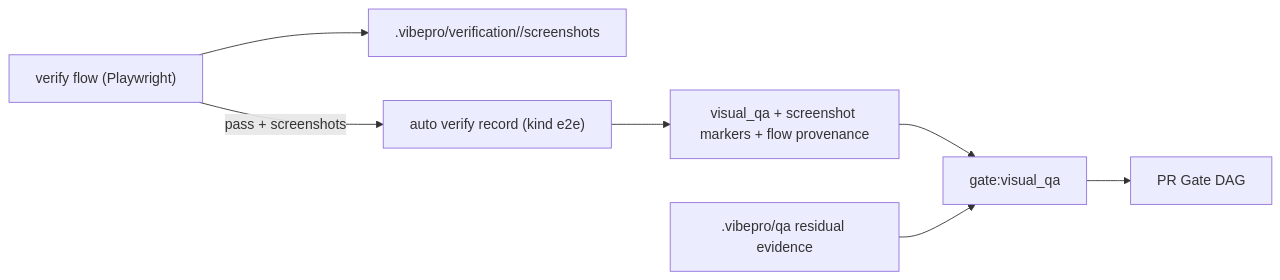
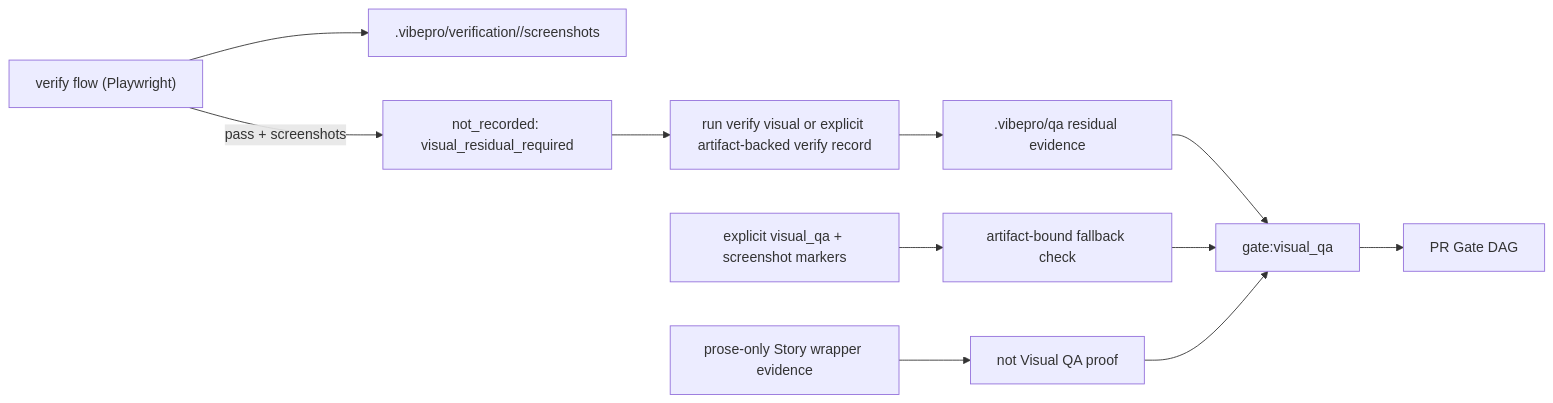
Before and after one commit to Unson-LLC/vibepro: the diagram in docs/architecture/vibepro-flow-screenshot-visual-gate-bridge.md, drawn with Mermaid. The commit also changed other lines of this file and 21 other files, not shown here.

First line of the commit message:
fix: harden VibePro visual QA evidence gates (#286)

````diff
--- a/docs/architecture/vibepro-flow-screenshot-visual-gate-bridge.md
+++ b/docs/architecture/vibepro-flow-screenshot-visual-gate-bridge.md
@@ -22,9 +23,13 @@
 ```mermaid
 flowchart LR
   Flow["verify flow (Playwright)"] --> Shots[".vibepro/verification/<run-id>/screenshots"]
-  Flow -->|"pass + screenshots"| Auto["auto verify record (kind e2e)"]
-  Auto --> Tokens["visual_qa + screenshot markers + flow provenance"]
-  Tokens --> Gate["gate:visual_qa"]
-  Residual[".vibepro/qa residual evidence"] --> Gate
+  Flow -->|"pass + screenshots"| NotRecorded["not_recorded: visual_residual_required"]
+  NotRecorded --> ResidualPrompt["run verify visual or explicit artifact-backed verify record"]
+  ResidualPrompt --> Residual[".vibepro/qa residual evidence"]
+  Residual --> Gate["gate:visual_qa"]
+  Explicit["explicit visual_qa + screenshot markers"] --> Bound["artifact-bound fallback check"]
+  Bound --> Gate
+  Prose["prose-only Story wrapper evidence"] --> Reject["not Visual QA proof"]
+  Reject --> Gate
   Gate --> PR["PR Gate DAG"]
 ```
````
